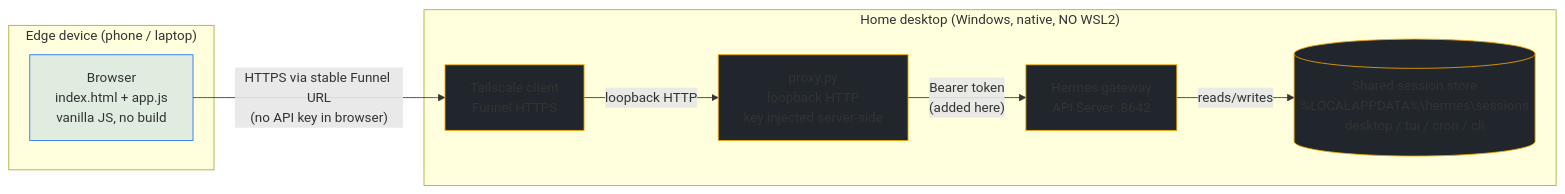
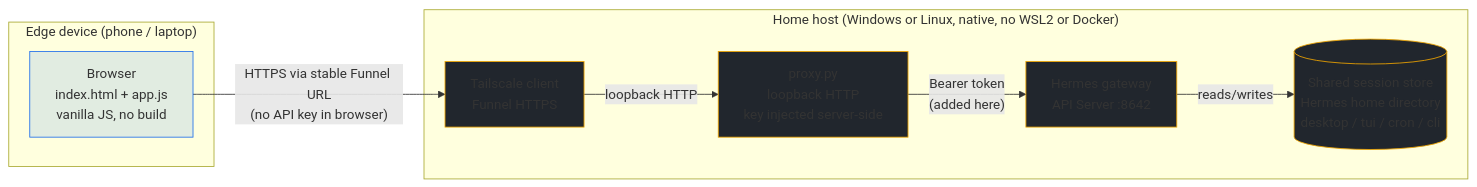
Before and after one commit to mr-september/hermes-uplink: the diagram in README.md, drawn with Mermaid. The commit also changed other lines of this file and 9 other files, not shown here.

First line of the commit message:
feat(linux): support native Linux hosts

````diff
--- a/README.md
+++ b/README.md
@@ -54,20 +54,20 @@
 ```mermaid
 flowchart LR
     subgraph EDGE["Edge device (phone / laptop)"]
         B[Browser<br/>index.html + app.js<br/>vanilla JS, no build]
     end
-    subgraph DESKTOP["Home desktop (Windows, native, NO WSL2)"]
+    subgraph DESKTOP["Home host (Windows or Linux, native, no WSL2 or Docker)"]
         P[proxy.py<br/>loopback HTTP<br/>key injected server-side]
         A[Hermes gateway<br/>API Server :8642]
-        R[(Shared session store<br/>%LOCALAPPDATA%\hermes\sessions<br/>desktop / tui / cron / cli)]
+        R[(Shared session store<br/>Hermes home directory<br/>desktop / tui / cron / cli)]
         TS[Tailscale client<br/>Funnel HTTPS]
     end
     B -- "HTTPS via stable Funnel URL<br/>(no API key in browser)" --> TS
     TS -- "loopback HTTP" --> P
     P -- "Bearer token<br/>(added here)" --> A
     A -- "reads/writes" --> R
     classDef edge fill:#1f6feb22,stroke:#1f6feb;
     classDef desk fill:#21262d,stroke:#f0a500;
     class B edge;
     class P,A,R,TS desk;
 ```
````
